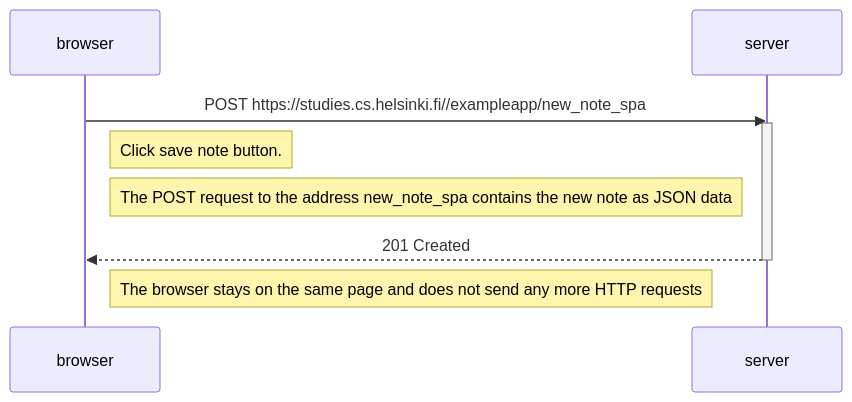
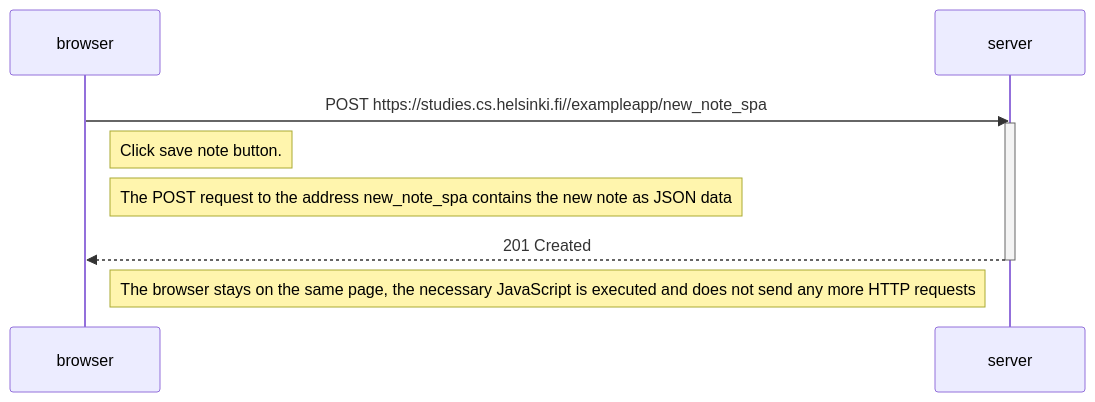
One commit to fdippiton/helsinki-full-stack-dev changed the diagram in part-0/0.6-new-note-spa-diagram.md. Above: the diagram before and after it, drawn with Mermaid.

Commit message:
Part0 update

````diff
--- a/part-0/0.6-new-note-spa-diagram.md
+++ b/part-0/0.6-new-note-spa-diagram.md
@@ -3,14 +3,14 @@
 ```mermaid
 sequenceDiagram
 participant browser
 participant server
 
     browser->>server: POST https://studies.cs.helsinki.fi//exampleapp/new_note_spa
     activate server
     	Note right of browser: Click save note button.
     	Note right of browser: The POST request to the address new_note_spa contains the new note as JSON data
 
     server-->>browser: 201 Created
     deactivate server
-    Note right of browser: The browser stays on the same page and does not send any more HTTP requests
+    Note right of browser: The browser stays on the same page, the necessary JavaScript is executed and does not send any more HTTP requests
 ```
````
